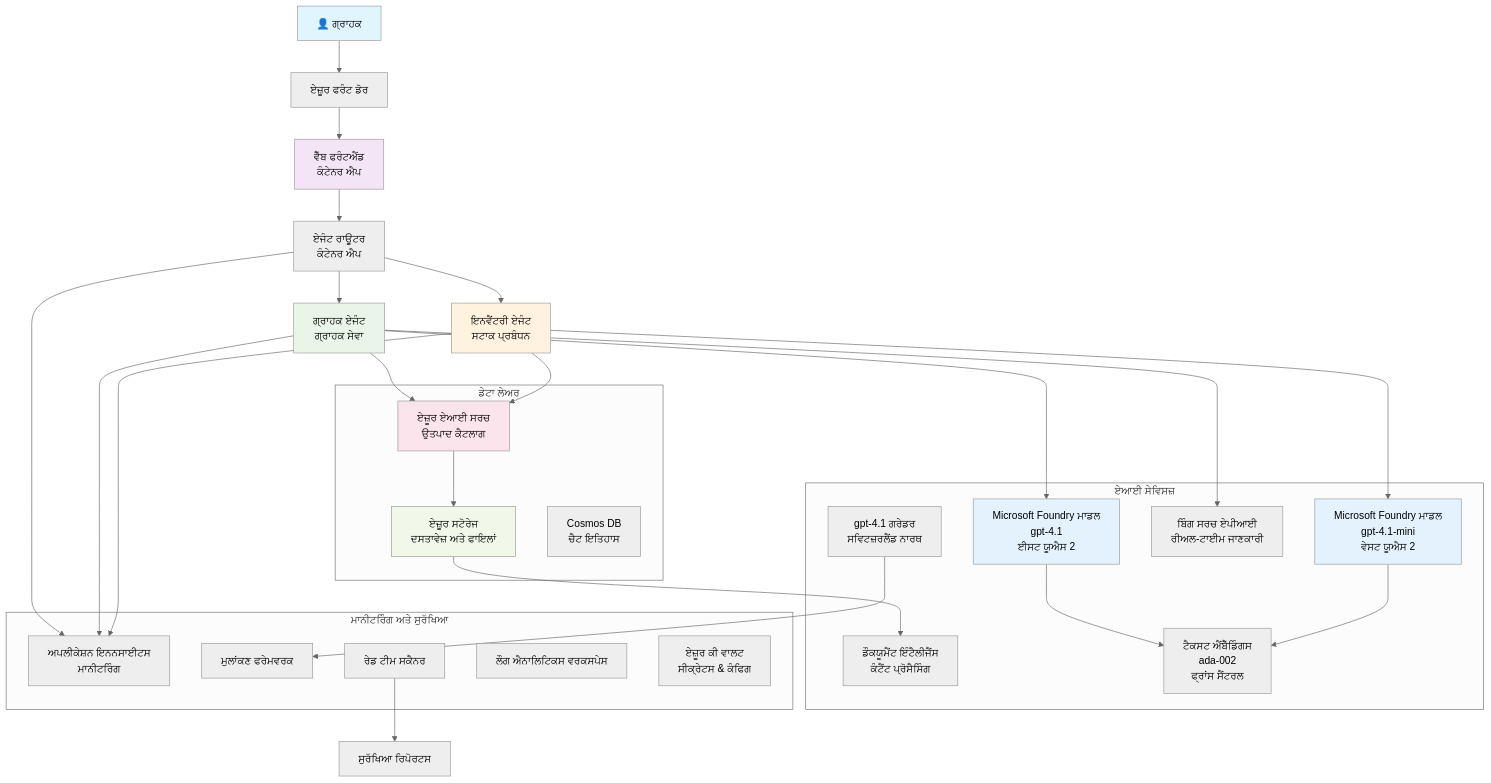
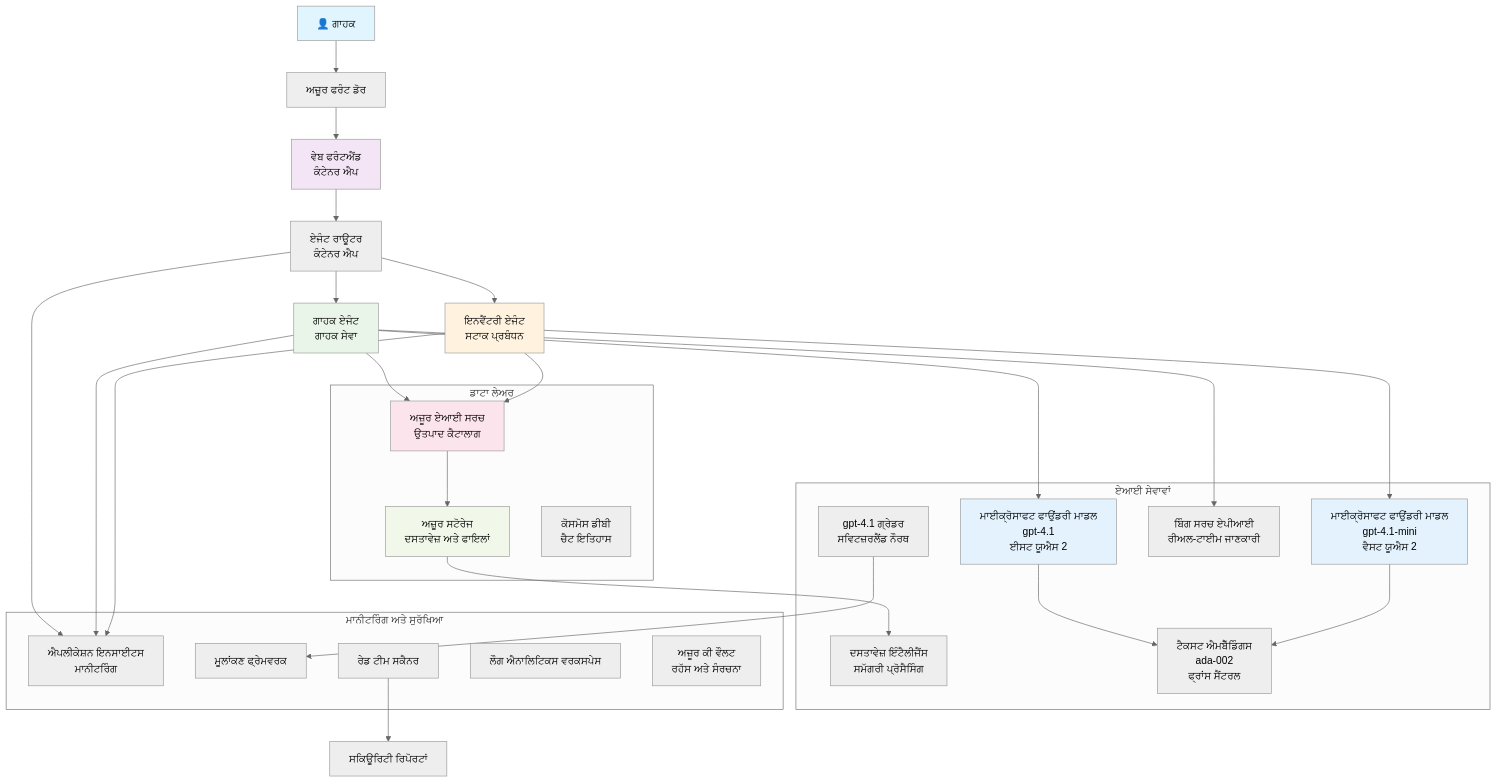
One commit to microsoft/AZD-for-beginners changed the diagram in translations/pa/examples/retail-scenario.md. Above: the diagram before and after it, drawn with Mermaid (neutral theme). The commit also changed other lines of this file and 104 other files, not shown here.

````diff
--- a/translations/pa/examples/retail-scenario.md
+++ b/translations/pa/examples/retail-scenario.md
@@ -139,61 +139,61 @@
 ```mermaid
 graph TB
-    User[👤 ਗ੍ਰਾਹਕ] --> LB[ਏਜ਼ੂਰ ਫਰੰਟ ਡੋਰ]
-    LB --> WebApp[ਵੈੱਬ ਫਰੰਟਐਂਡ<br/>ਕੰਟੇਨਰ ਐਪ]
+    User[👤 ਗਾਹਕ] --> LB[ਅਜ਼ੂਰ ਫਰੰਟ ਡੋਰ]
+    LB --> WebApp[ਵੇਬ ਫਰੰਟਐਂਡ<br/>ਕੰਟੇਨਰ ਐਪ]
     
     WebApp --> Router[ਏਜੰਟ ਰਾਊਟਰ<br/>ਕੰਟੇਨਰ ਐਪ]
-    Router --> CustomerAgent[ਗ੍ਰਾਹਕ ਏਜੰਟ<br/>ਗ੍ਰਾਹਕ ਸੇਵਾ]
+    Router --> CustomerAgent[ਗਾਹਕ ਏਜੰਟ<br/>ਗਾਹਕ ਸੇਵਾ]
     Router --> InvAgent[ਇਨਵੈਂਟਰੀ ਏਜੰਟ<br/>ਸਟਾਕ ਪ੍ਰਬੰਧਨ]
     
-    CustomerAgent --> OpenAI1[Microsoft Foundry ਮਾਡਲ<br/>gpt-4.1<br/>ਈਸਟ ਯੂਐਸ 2]
-    InvAgent --> OpenAI2[Microsoft Foundry ਮਾਡਲ<br/>gpt-4.1-mini<br/>ਵੇਸਟ ਯੂਐਸ 2]
+    CustomerAgent --> OpenAI1[ਮਾਈਕ੍ਰੋਸਾਫਟ ਫਾਉਂਡਰੀ ਮਾਡਲ<br/>gpt-4.1<br/>ਈਸਟ ਯੂਐਸ 2]
+    InvAgent --> OpenAI2[ਮਾਈਕ੍ਰੋਸਾਫਟ ਫਾਉਂਡਰੀ ਮਾਡਲ<br/>gpt-4.1-mini<br/>ਵੈਸਟ ਯੂਐਸ 2]
     
-    CustomerAgent --> AISearch[ਏਜ਼ੂਰ ਏਆਈ ਸਰਚ<br/>ਉਤਪਾਦ ਕੈਟਲਾਗ]
+    CustomerAgent --> AISearch[ਅਜ਼ੂਰ ਏਆਈ ਸਰਚ<br/>ਉਤਪਾਦ ਕੈਟਾਲਾਗ]
     CustomerAgent --> BingSearch[ਬਿੰਗ ਸਰਚ ਏਪੀਆਈ<br/>ਰੀਅਲ-ਟਾਈਮ ਜਾਣਕਾਰੀ]
     InvAgent --> AISearch
     
-    AISearch --> Storage[ਏਜ਼ੂਰ ਸਟੋਰੇਜ<br/>ਦਸਤਾਵੇਜ਼ ਅਤੇ ਫਾਇਲਾਂ]
-    Storage --> DocIntel[ਡੌਕਯੂਮੈਂਟ ਇੰਟੈਲੀਜੈਂਸ<br/>ਕੰਟੈਂਟ ਪ੍ਰੋਸੈਸਿੰਗ]
+    AISearch --> Storage[ਅਜ਼ੂਰ ਸਟੋਰੇਜ<br/>ਦਸਤਾਵੇਜ਼ ਅਤੇ ਫਾਇਲਾਂ]
+    Storage --> DocIntel[ਦਸਤਾਵੇਜ਼ ਇੰਟੈਲੀਜੈਂਸ<br/>ਸਮੱਗਰੀ ਪ੍ਰੋਸੈਸਿੰਗ]
     
-    OpenAI1 --> Embeddings[ਟੈਕਸਟ ਐਂਬੈੱਡਿੰਗਸ<br/>ada-002<br/>ਫ੍ਰਾਂਸ ਸੈਂਟਰਲ]
+    OpenAI1 --> Embeddings[ਟੈਕਸਟ ਐਮਬੈੱਡਿੰਗਸ<br/>ada-002<br/>ਫ੍ਰਾਂਸ ਸੈਂਟਰਲ]
     OpenAI2 --> Embeddings
     
-    Router --> AppInsights[ਅਪਲੀਕੇਸ਼ਨ ਇਨਨਸਾਈਟਸ<br/>ਮਾਨੀਟਰਿੰਗ]
+    Router --> AppInsights[ਐਪਲੀਕੇਸ਼ਨ ਇਨਸਾਈਟਸ<br/>ਮਾਨੀਟਰਿੰਗ]
     CustomerAgent --> AppInsights
     InvAgent --> AppInsights
     
-    GraderModel[gpt-4.1 ਗਰੇਡਰ<br/>ਸਵਿਟਜ਼ਰਲੈਂਡ ਨਾਰਥ] --> Evaluation[ਮੁਲਾਂਕਣ ਫਰੇਮਵਰਕ]
-    RedTeam[ਰੇਡ ਟੀਮ ਸਕੈਨਰ] --> SecurityReports[ਸੁਰੱਖਿਆ ਰਿਪੋਰਟਸ]
+    GraderModel[gpt-4.1 ਗ੍ਰੇਡਰ<br/>ਸਵਿਟਜ਼ਰਲੈਂਡ ਨੌਰਥ] --> Evaluation[ਮੂਲਾਂਕਣ ਫ੍ਰੇਮਵਰਕ]
+    RedTeam[ਰੇਡ ਟੀਮ ਸਕੈਨਰ] --> SecurityReports[ਸਕਿਊਰਿਟੀ ਰਿਪੋਰਟਾਂ]
     
-    subgraph "ਡੇਟਾ ਲੇਅਰ"
+    subgraph "ਡਾਟਾ ਲੇਅਰ"
         Storage
         AISearch
-        CosmosDB[Cosmos DB<br/>ਚੈਟ ਇਤਿਹਾਸ]
+        CosmosDB[ਕੋਸਮੋਸ ਡੀਬੀ<br/>ਚੈਟ ਇਤਿਹਾਸ]
     end
     
-    subgraph "ਏਆਈ ਸੇਵਿਸਜ਼"
+    subgraph "ਏਆਈ ਸੇਵਾਵਾਂ"
         OpenAI1
         OpenAI2
         Embeddings
         GraderModel
         DocIntel
         BingSearch
     end
     
     subgraph "ਮਾਨੀਟਰਿੰਗ ਅਤੇ ਸੁਰੱਖਿਆ"
         AppInsights
         LogAnalytics[ਲੌਗ ਐਨਾਲਿਟਿਕਸ ਵਰਕਸਪੇਸ]
-        KeyVault[ਏਜ਼ੂਰ ਕੀ ਵਾਲਟ<br/>ਸੀਕ੍ਰੇਟਸ & ਕੰਫਿਗ]
+        KeyVault[ਅਜ਼ੂਰ ਕੀ ਵੌਲਟ<br/>ਰਹੱਸ ਅਤੇ ਸੰਰਚਨਾ]
         RedTeam
         Evaluation
     end
     
     style User fill:#e1f5fe
     style WebApp fill:#f3e5f5
     style CustomerAgent fill:#e8f5e8
     style InvAgent fill:#fff3e0
     style OpenAI1 fill:#e3f2fd
     style OpenAI2 fill:#e3f2fd
     style AISearch fill:#fce4ec
     style Storage fill:#f1f8e9
 ```
````
